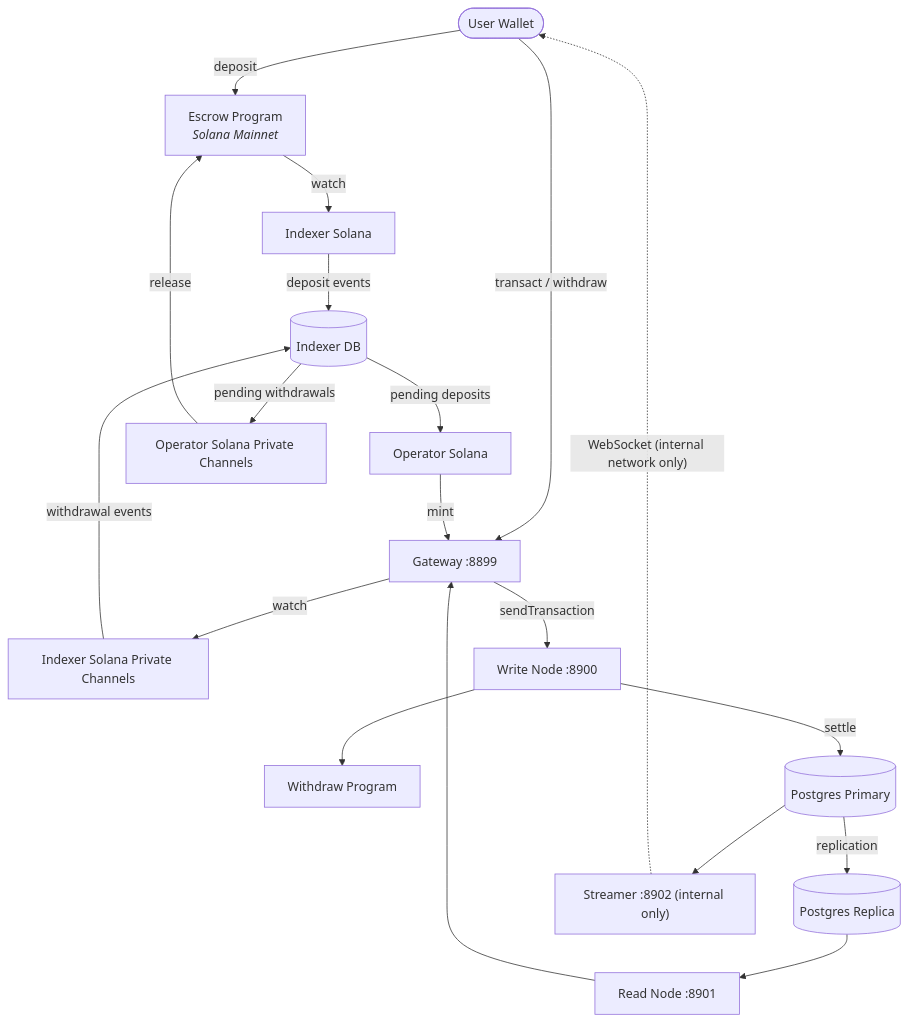
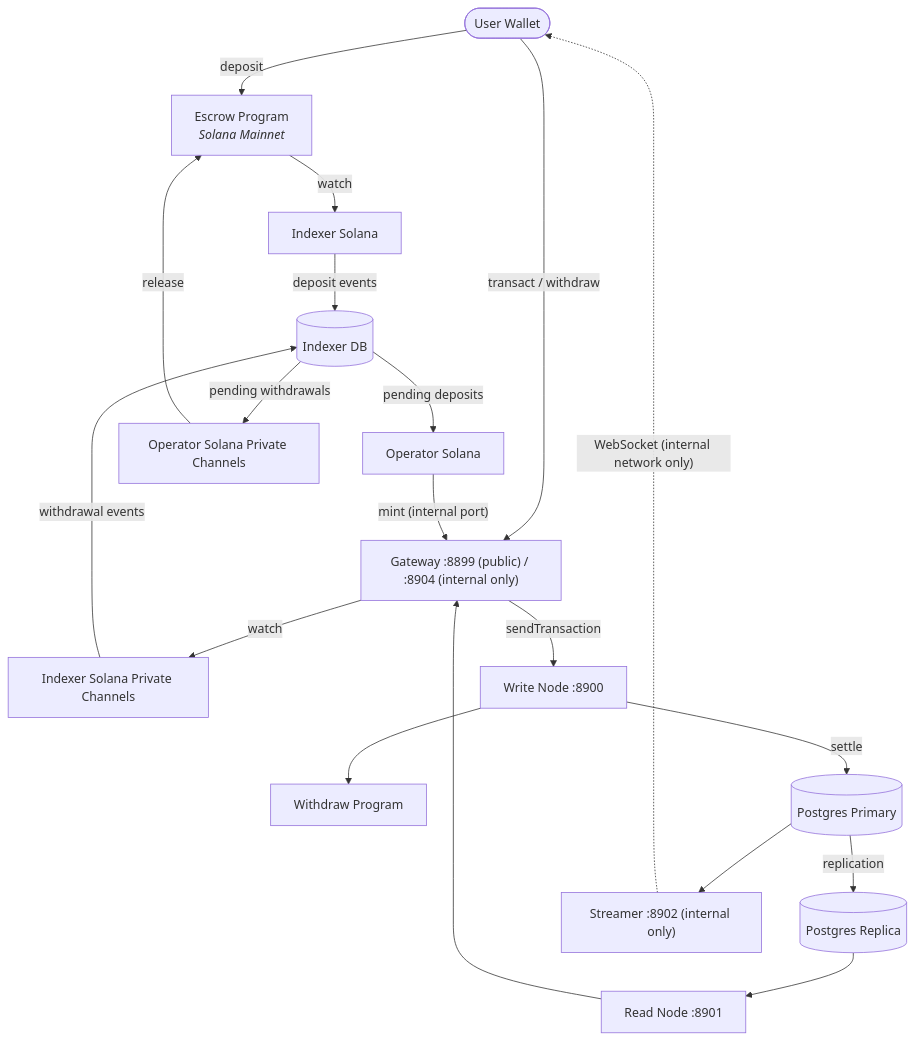
The diagram in docs/ARCHITECTURE.md (solana-foundation/contra), drawn with Mermaid before and after one commit. The commit also changed 20 other files, not shown here.

````diff
--- a/docs/ARCHITECTURE.md
+++ b/docs/ARCHITECTURE.md
@@ -113,39 +113,39 @@
 ```mermaid
 flowchart TB
     Wallet([User Wallet])
     Escrow[Escrow Program<br/><i>Solana Mainnet</i>]
     IS[Indexer Solana]
     IC[Indexer Solana Private Channels]
     PG_I[(Indexer DB)]
     OS[Operator Solana]
     OC[Operator Solana Private Channels]
-    GW[Gateway :8899]
+    GW["Gateway :8899 (public) / :8904 (internal only)"]
     WN[Write Node :8900]
     WP[Withdraw Program]
     PG_P[(Postgres Primary)]
     PG_R[(Postgres Replica)]
     RN[Read Node :8901]
     ST["Streamer :8902 (internal only)"]
 
     Wallet -- deposit --> Escrow
     Wallet -- transact / withdraw --> GW
     ST -. "WebSocket (internal network only)" .-> Wallet
 
     Escrow -- watch --> IS
     IS -- deposit events --> PG_I
     PG_I -- pending deposits --> OS
-    OS -- mint --> GW
+    OS -- "mint (internal port)" --> GW
 
     GW -- sendTransaction --> WN
     WN --> WP
     GW -- watch --> IC
     IC -- withdrawal events --> PG_I
     PG_I -- pending withdrawals --> OC
     OC -- release --> Escrow
 
     WN -- settle --> PG_P
     PG_P -- replication --> PG_R
     PG_R --> RN
     RN --> GW
     PG_P --> ST
 ```
````
